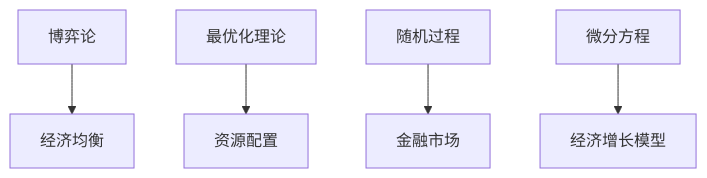
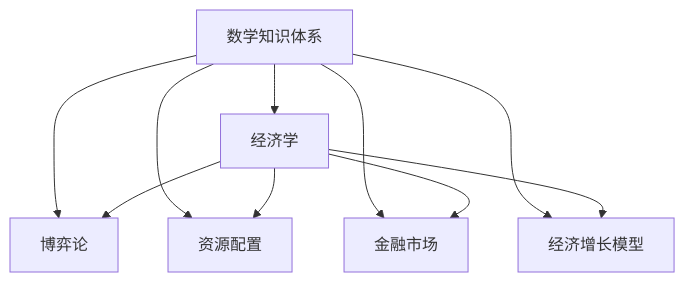
One commit to AdaMartin18010/Mathematics changed diagram 13 of 16 in Math/Refactor/09-项目总览/05-Knowledge_Graphs_and_Mappings/数学知识体系映射.md. Above: the diagram before and after it, drawn with Mermaid. The commit also changed other lines of this file and 28 other files, not shown here.

````diff
--- a/Math/Refactor/09-项目总览/05-Knowledge_Graphs_and_Mappings/数学知识体系映射.md
+++ b/Math/Refactor/09-项目总览/05-Knowledge_Graphs_and_Mappings/数学知识体系映射.md
@@ -230,7 +299,13 @@
 ```mermaid
 graph TD
-    ME1[博弈论] --> ME2[经济均衡]
-    ME3[最优化理论] --> ME4[资源配置]
-    ME5[随机过程] --> ME6[金融市场]
-    ME7[微分方程] --> ME8[经济增长模型]
+    A[数学知识体系] --> B[经济学]
+    A --> C[博弈论]
+    A --> D[资源配置]
+    A --> E[金融市场]
+    A --> F[经济增长模型]
+    
+    B --> C
+    B --> D
+    B --> E
+    B --> F
 ```
````
